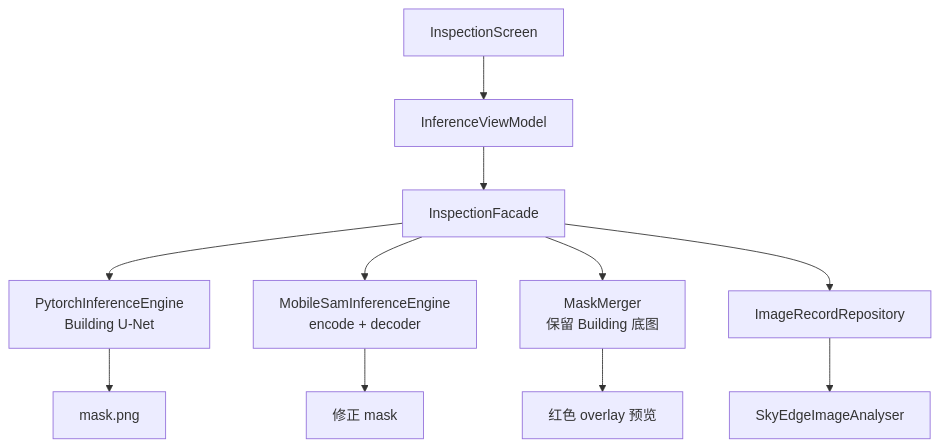
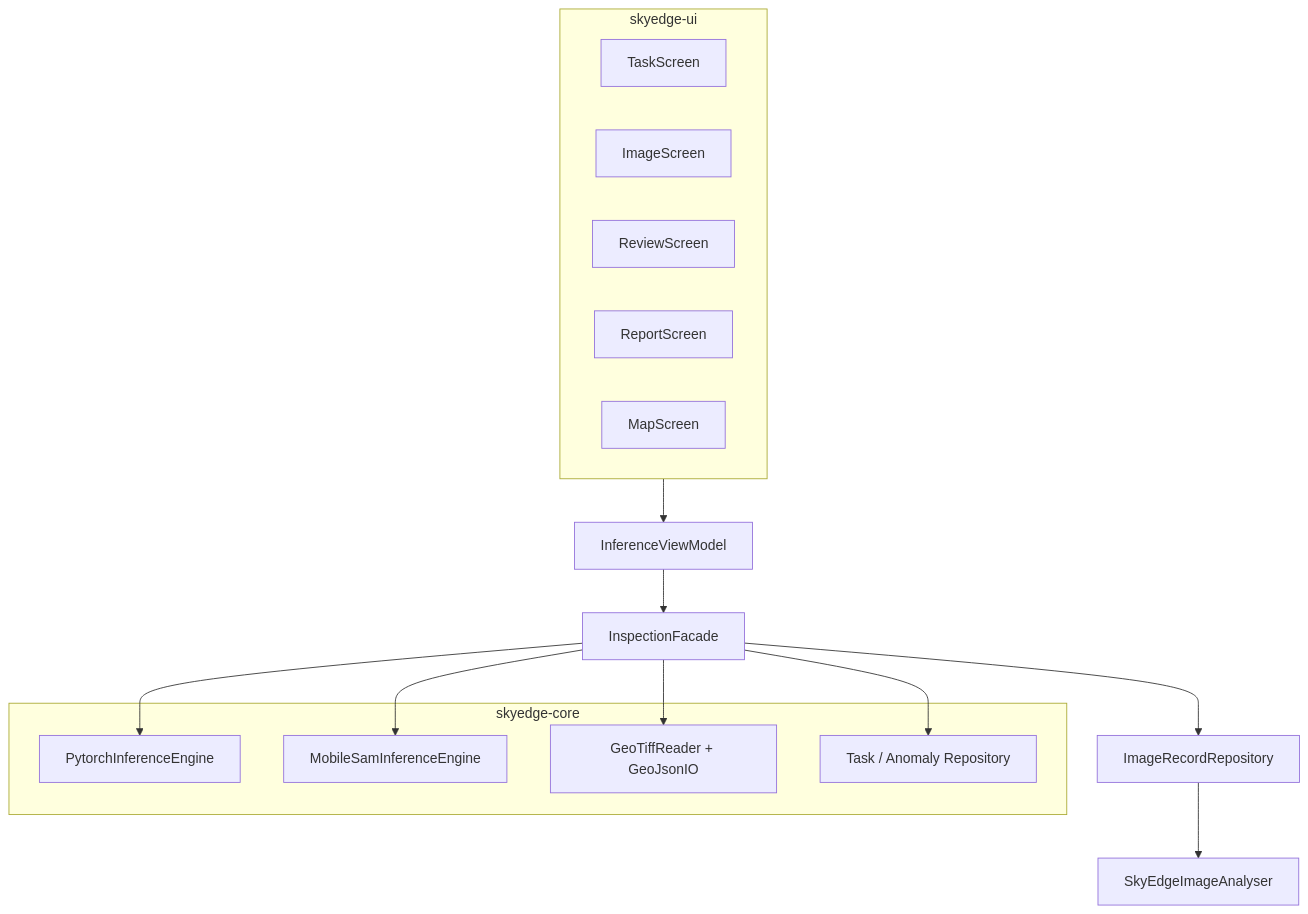
The diagram in README.md (Hshevin/ToyokawaGroup), drawn with Mermaid before and after one commit. The commit also changed other lines of this file and 20 other files, not shown here.

First line of the commit message:
Fix GeoTIFF LZW decode and review geo backfill; expand README for full MVP scope.

````diff
--- a/README.md
+++ b/README.md
@@ -212,13 +252,23 @@
 ```mermaid
 flowchart TB
-  UI[InspectionScreen] --> VM[InferenceViewModel]
-  VM --> Facade[InspectionFacade]
-  Facade --> Building[PytorchInferenceEngine\nBuilding U-Net]
-  Building --> Mask1[mask.png]
-  Facade --> SAM[MobileSamInferenceEngine\nencode + decoder]
-  SAM --> Mask2[修正 mask]
-  Facade --> Merge[MaskMerger\n保留 Building 底图]
-  Merge --> Overlay[红色 overlay 预览]
-  Facade --> Repo[ImageRecordRepository]
-  Repo --> Analyser[SkyEdgeImageAnalyser]
+  subgraph UI["skyedge-ui"]
+    Task[TaskScreen]
+    Image[ImageScreen]
+    Review[ReviewScreen]
+    Report[ReportScreen]
+    Map[MapScreen]
+  end
+  VM[InferenceViewModel]
+  Facade[InspectionFacade]
+  subgraph Core["skyedge-core"]
+    Building[PytorchInferenceEngine]
+    SAM[MobileSamInferenceEngine]
+    Geo[GeoTiffReader + GeoJsonIO]
+    Repo2[Task / Anomaly Repository]
+  end
+  ImgRepo[ImageRecordRepository]
+  UI --> VM --> Facade
+  Facade --> Building & SAM & Geo & Repo2
+  Facade --> ImgRepo
+  ImgRepo --> Analyser[SkyEdgeImageAnalyser]
 ```
````
